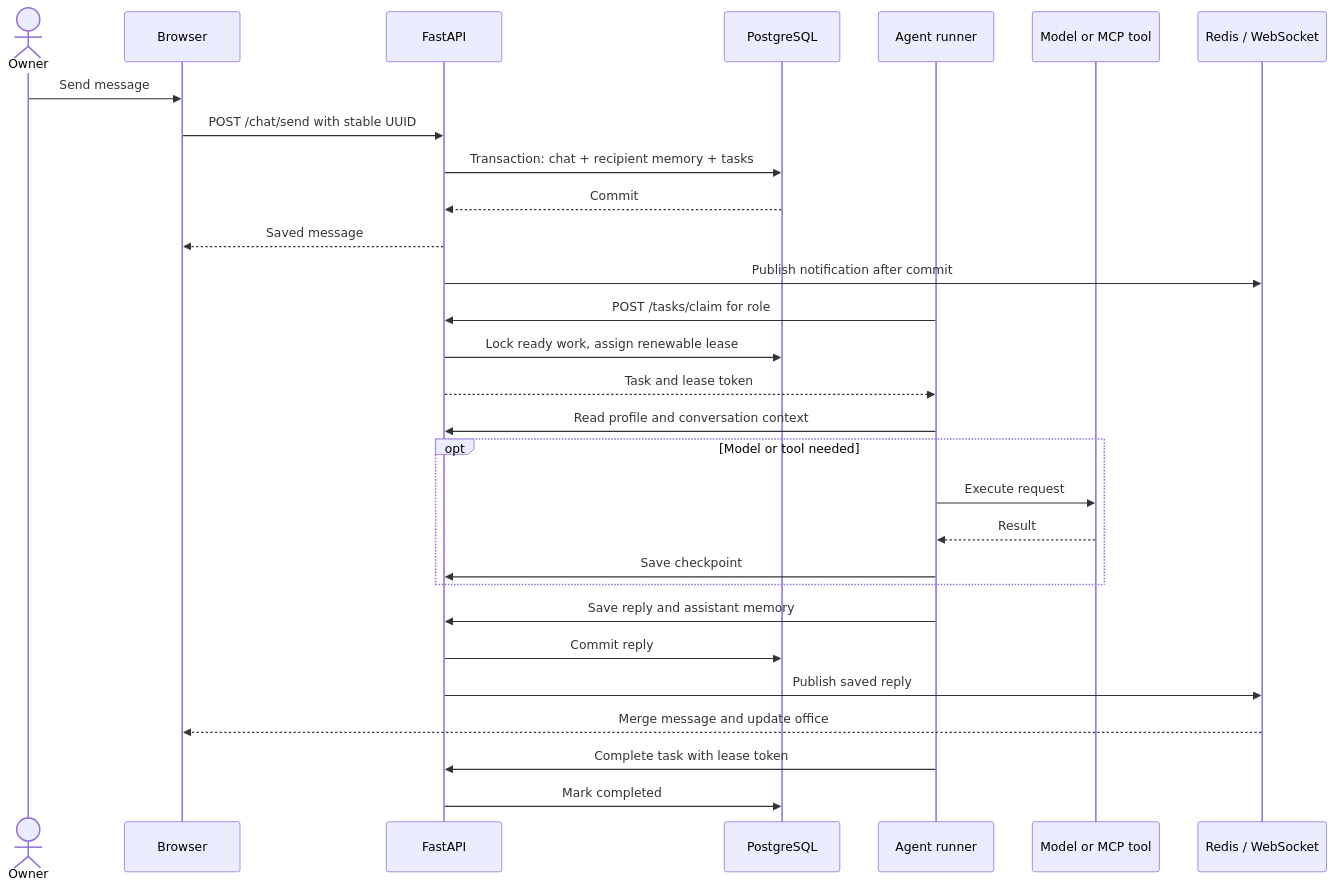
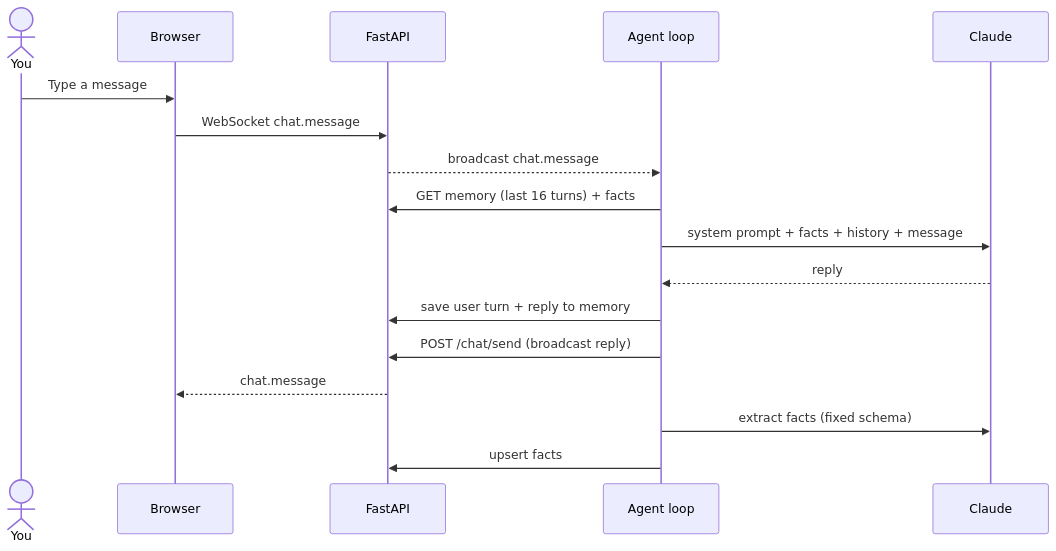
One commit to sparkling-snail/penguinhq changed the second of 3 diagrams in ARCHITECTURE.md. Above: the diagram before and after it, drawn with Mermaid. The commit also changed other lines of this file and 3 other files, not shown here.

````diff
--- a/ARCHITECTURE.md
+++ b/ARCHITECTURE.md
@@ -43,31 +58,19 @@
 ```mermaid
 sequenceDiagram
-    actor Owner
+    actor You
     participant UI as Browser
     participant API as FastAPI
-    participant DB as PostgreSQL
-    participant Worker as Agent runner
-    participant Provider as Model or MCP tool
-    participant Events as Redis / WebSocket
-    Owner->>UI: Send message
-    UI->>API: POST /chat/send with stable UUID
-    API->>DB: Transaction: chat + recipient memory + tasks
-    DB-->>API: Commit
-    API-->>UI: Saved message
-    API->>Events: Publish notification after commit
-    Worker->>API: POST /tasks/claim for role
-    API->>DB: Lock ready work, assign renewable lease
-    API-->>Worker: Task and lease token
-    Worker->>API: Read profile and conversation context
-    opt Model or tool needed
-        Worker->>Provider: Execute request
-        Provider-->>Worker: Result
-        Worker->>API: Save checkpoint
-    end
-    Worker->>API: Save reply and assistant memory
-    API->>DB: Commit reply
-    API->>Events: Publish saved reply
-    Events-->>UI: Merge message and update office
-    Worker->>API: Complete task with lease token
-    API->>DB: Mark completed
+    participant Agent as Agent loop
+    participant LLM as Claude
+    You->>UI: Type a message
+    UI->>API: WebSocket chat.message
+    API-->>Agent: broadcast chat.message
+    Agent->>API: GET memory (last 16 turns) + facts
+    Agent->>LLM: system prompt + facts + history + message
+    LLM-->>Agent: reply
+    Agent->>API: save user turn + reply to memory
+    Agent->>API: POST /chat/send (broadcast reply)
+    API-->>UI: chat.message
+    Agent->>LLM: extract facts (fixed schema)
+    Agent->>API: upsert facts
 ```
````
